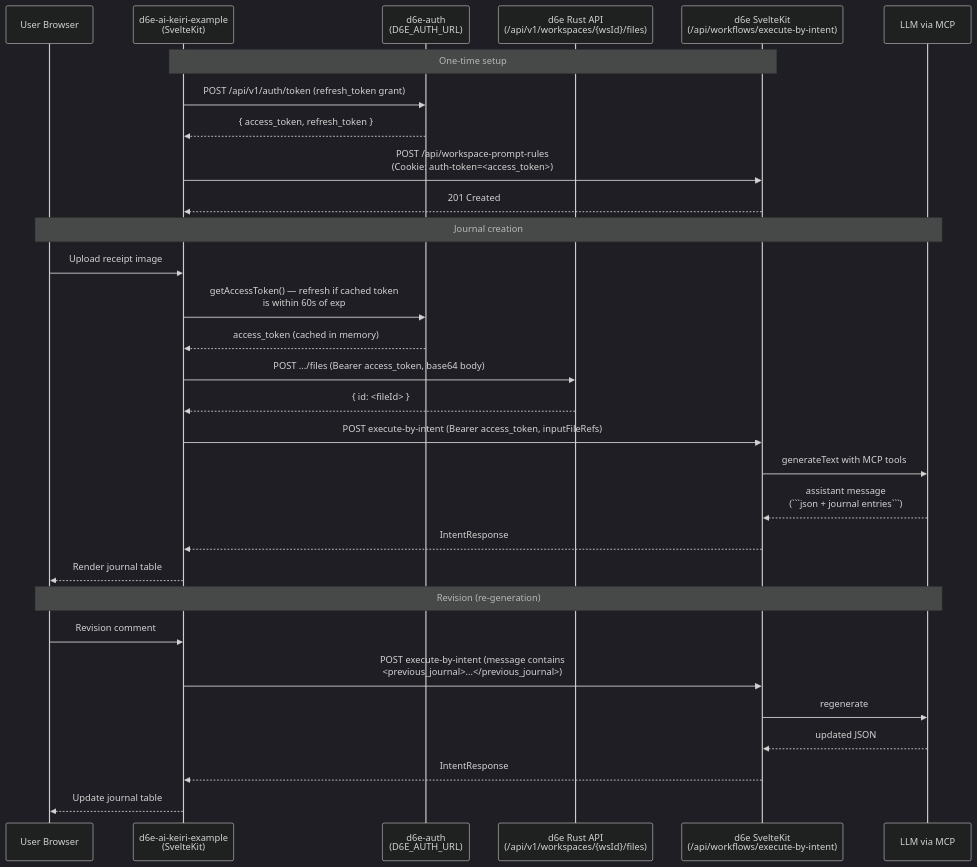
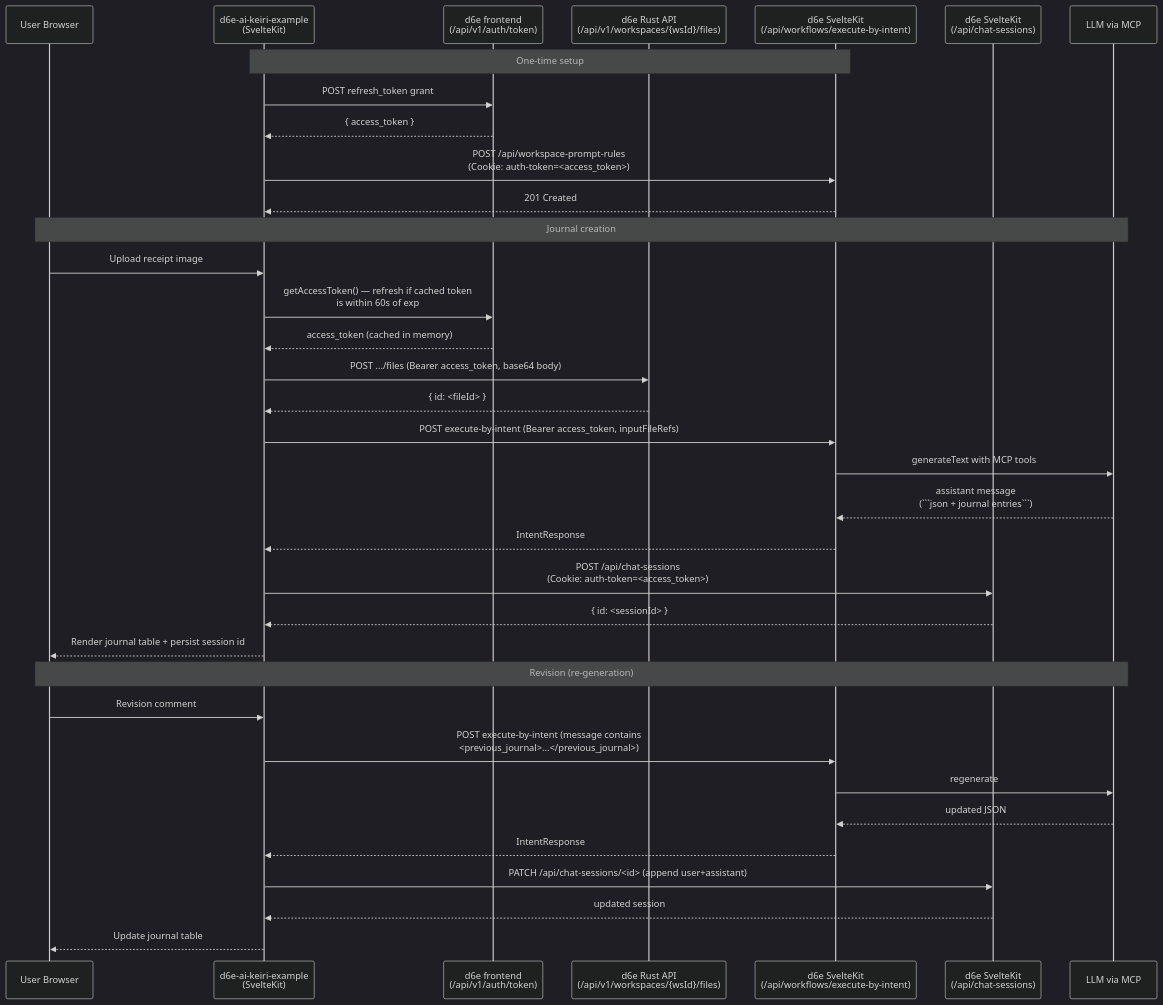
Before and after one commit to d6e-ai/d6e-ai-keiri-example: the diagram in docs/architecture.md, drawn with Mermaid (dark theme). The commit also changed other lines of this file and 9 other files, not shown here.

`````diff
--- a/docs/architecture.md
+++ b/docs/architecture.md
@@ -8,35 +8,40 @@
-```mermaid
+````mermaid
 sequenceDiagram
     participant User as User Browser
     participant App as d6e-ai-keiri-example<br/>(SvelteKit)
-    participant Auth as d6e-auth<br/>(D6E_AUTH_URL)
+    participant Token as d6e frontend<br/>(/api/v1/auth/token)
     participant Files as d6e Rust API<br/>(/api/v1/workspaces/{wsId}/files)
     participant Intent as d6e SvelteKit<br/>(/api/workflows/execute-by-intent)
+    participant Sessions as d6e SvelteKit<br/>(/api/chat-sessions)
     participant LLM as LLM via MCP
 
     Note over App,Intent: One-time setup
-    App->>Auth: POST /api/v1/auth/token (refresh_token grant)
-    Auth-->>App: { access_token, refresh_token }
+    App->>Token: POST refresh_token grant
+    Token-->>App: { access_token }
     App->>Intent: POST /api/workspace-prompt-rules<br/>(Cookie: auth-token=<access_token>)
     Intent-->>App: 201 Created
 
     Note over User,LLM: Journal creation
     User->>App: Upload receipt image
-    App->>Auth: getAccessToken() — refresh if cached token<br/>is within 60s of exp
-    Auth-->>App: access_token (cached in memory)
+    App->>Token: getAccessToken() — refresh if cached token<br/>is within 60s of exp
+    Token-->>App: access_token (cached in memory)
     App->>Files: POST .../files (Bearer access_token, base64 body)
     Files-->>App: { id: <fileId> }
     App->>Intent: POST execute-by-intent (Bearer access_token, inputFileRefs)
     Intent->>LLM: generateText with MCP tools
     LLM-->>Intent: assistant message<br/>(```json + journal entries```)
     Intent-->>App: IntentResponse
-    App-->>User: Render journal table
+    App->>Sessions: POST /api/chat-sessions<br/>(Cookie: auth-token=<access_token>)
+    Sessions-->>App: { id: <sessionId> }
+    App-->>User: Render journal table + persist session id
 
     Note over User,LLM: Revision (re-generation)
     User->>App: Revision comment
     App->>Intent: POST execute-by-intent (message contains<br/><previous_journal>...</previous_journal>)
     Intent->>LLM: regenerate
     LLM-->>Intent: updated JSON
     Intent-->>App: IntentResponse
+    App->>Sessions: PATCH /api/chat-sessions/<id> (append user+assistant)
+    Sessions-->>App: updated session
     App-->>User: Update journal table
-```
+````
`````
